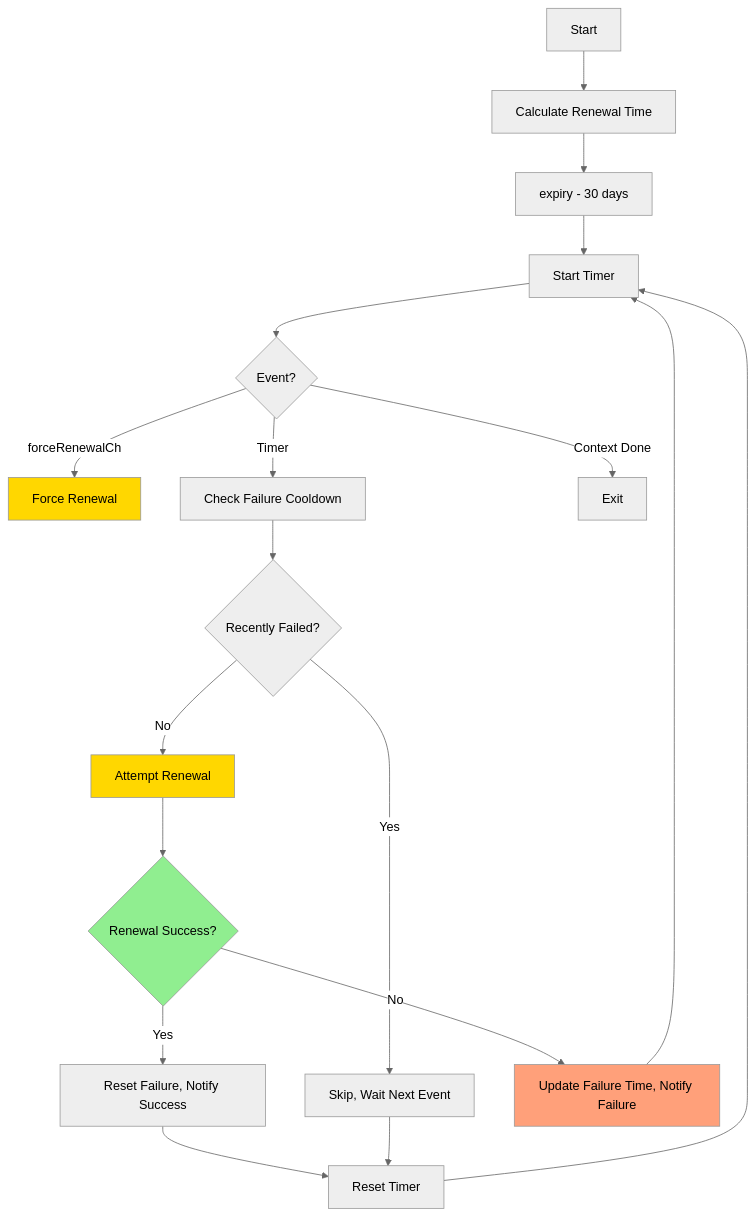
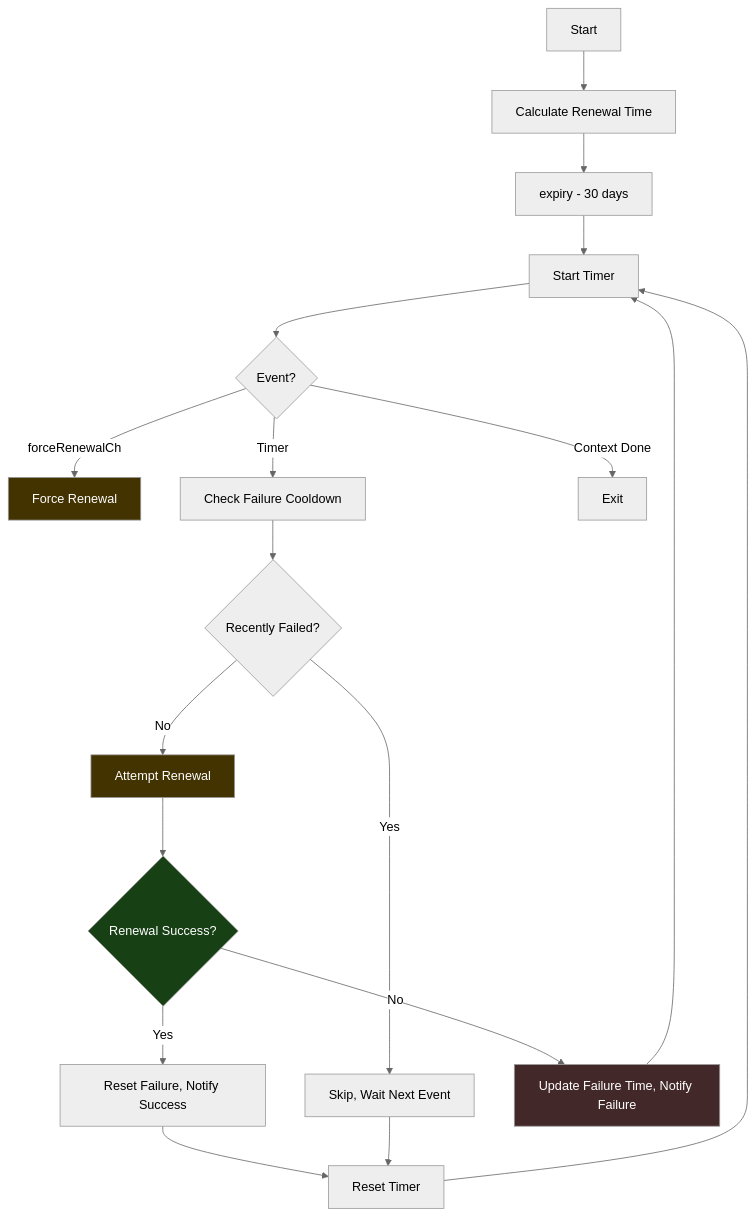
Before and after one commit to yusing/godoxy: the sixth of 7 diagrams in internal/autocert/README.md, drawn with Mermaid (neutral theme). The commit also changed other lines of this file and 2 other files, not shown here.

Commit message:
feat(docs): add health check and monitor packages README; mermaid styling fix

````diff
--- a/internal/autocert/README.md
+++ b/internal/autocert/README.md
@@ -384,30 +384,30 @@
 ```mermaid
 flowchart TD
     A[Start] --> B[Calculate Renewal Time]
     B --> C[expiry - 30 days]
     C --> D[Start Timer]
 
     D --> E{Event?}
     E -->|forceRenewalCh| F[Force Renewal]
     E -->|Timer| G[Check Failure Cooldown]
     E -->|Context Done| H[Exit]
 
     G --> H1{Recently Failed?}
     H1 -->|Yes| I[Skip, Wait Next Event]
     H1 -->|No| J[Attempt Renewal]
 
     J --> K{Renewal Success?}
     K -->|Yes| L[Reset Failure, Notify Success]
     K -->|No| M[Update Failure Time, Notify Failure]
 
     L --> N[Reset Timer]
     I --> N
     M --> D
 
     N --> D
 
-    style F fill:#FFD700
-    style J fill:#FFD700
-    style K fill:#90EE90
-    style M fill:#FFA07A
+    style F fill:#423300,color:#fff
+    style J fill:#423300,color:#fff
+    style K fill:#174014,color:#fff
+    style M fill:#432829,color:#fff
 ```
````
